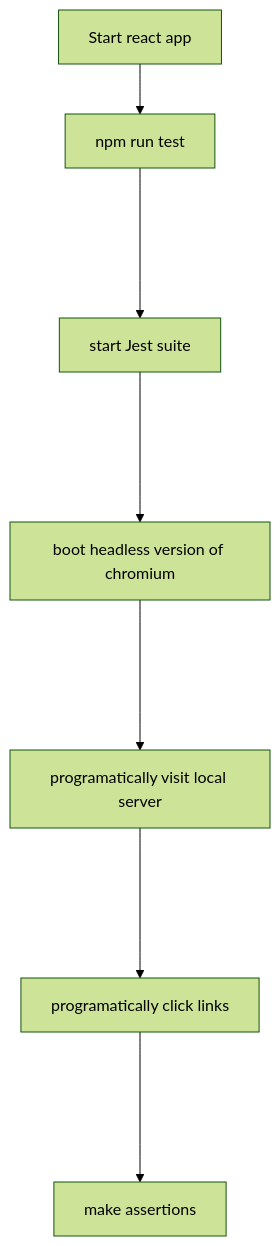
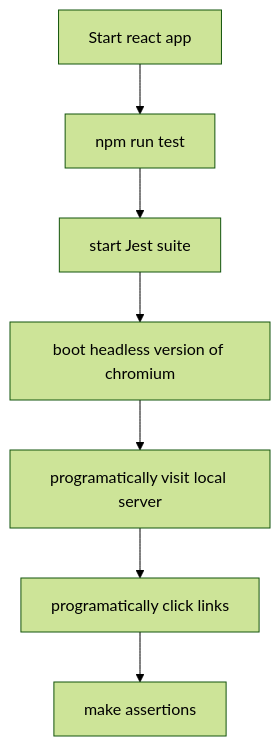
The diagram in README.md (gauravrai/node-blog), drawn with Mermaid (forest theme) before and after one commit. The commit also changed other lines of this file and 5 other files, not shown here.

````diff
--- a/README.md
+++ b/README.md
@@ -28,9 +32,9 @@
 ```mermaid
 flowchart TD
     A[Start react app]-->B[npm run test];
-    B---->C[start Jest suite];
-    C---->D[boot headless version of chromium];
-    D---->E[programatically visit local server];
-    E---->F[programatically click links];
-    F---->G[make assertions];
+    B-->C[start Jest suite];
+    C-->D[boot headless version of chromium];
+    D-->E[programatically visit local server];
+    E-->F[programatically click links];
+    F-->G[make assertions];
 ```
````
